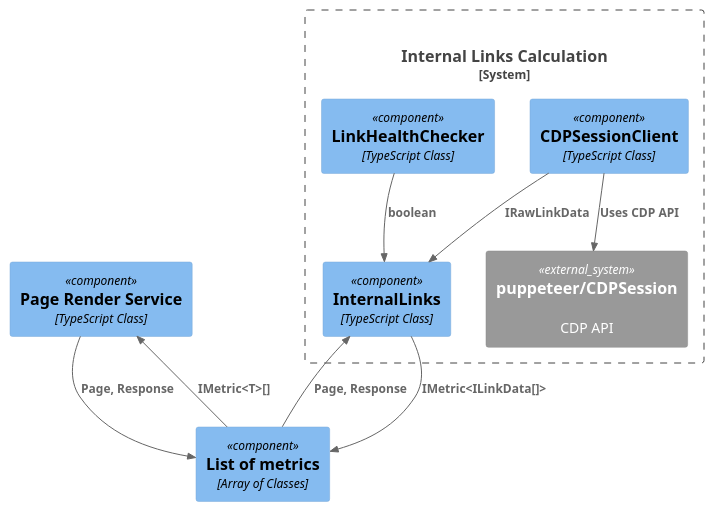
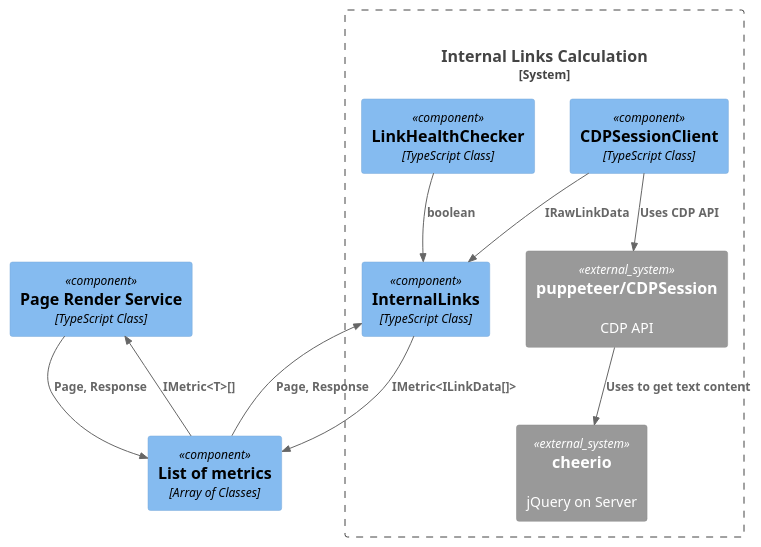
Before and after one commit to ali-habibzadeh/top10-seo-list-for-developers: the diagram in designs/metrics/internal-links.puml, drawn with PlantUML. The commit also changed 1 other file, not shown here.

```diff
--- a/designs/metrics/internal-links.puml
+++ b/designs/metrics/internal-links.puml
@@ -1,27 +1,29 @@
 @startuml internal-links
 !includeurl https://raw.githubusercontent.com/RicardoNiepel/C4-PlantUML/release/1-0/C4.puml
 !includeurl https://raw.githubusercontent.com/RicardoNiepel/C4-PlantUML/release/1-0/C4_Container.puml
 !includeurl https://raw.githubusercontent.com/RicardoNiepel/C4-PlantUML/release/1-0/C4_Context.puml
 !includeurl https://raw.githubusercontent.com/RicardoNiepel/C4-PlantUML/release/1-0/C4_Component.puml
 
 Component(PageRenderService, "Page Render Service", "TypeScript Class")
 Component(metricsList, "List of metrics", "Array of Classes")
 
 
 System_Boundary(InternalLinksCalculation, "Internal Links Calculation") {
     Component(InternalLinks, "InternalLinks", "TypeScript Class")
     Component(CDPSessionClient, "CDPSessionClient", "TypeScript Class")
     Component(LinkHealthChecker, "LinkHealthChecker", "TypeScript Class")
 
     System_Ext(puppeteer, "puppeteer/CDPSession", "CDP API")
+    System_Ext(cheerio, "cheerio", "jQuery on Server")
 
     Rel(metricsList, PageRenderService, "IMetric<T>[]")
     Rel(PageRenderService, metricsList, "Page, Response")
     Rel(InternalLinks, metricsList, "IMetric<ILinkData[]>")
     Rel(metricsList, InternalLinks, "Page, Response")
     Rel(CDPSessionClient, InternalLinks, "IRawLinkData")
     Rel(CDPSessionClient, puppeteer, "Uses CDP API")
+    Rel(puppeteer, cheerio, "Uses to get text content")
     Rel(LinkHealthChecker, InternalLinks, "boolean")
 }
 
 @enduml
```
